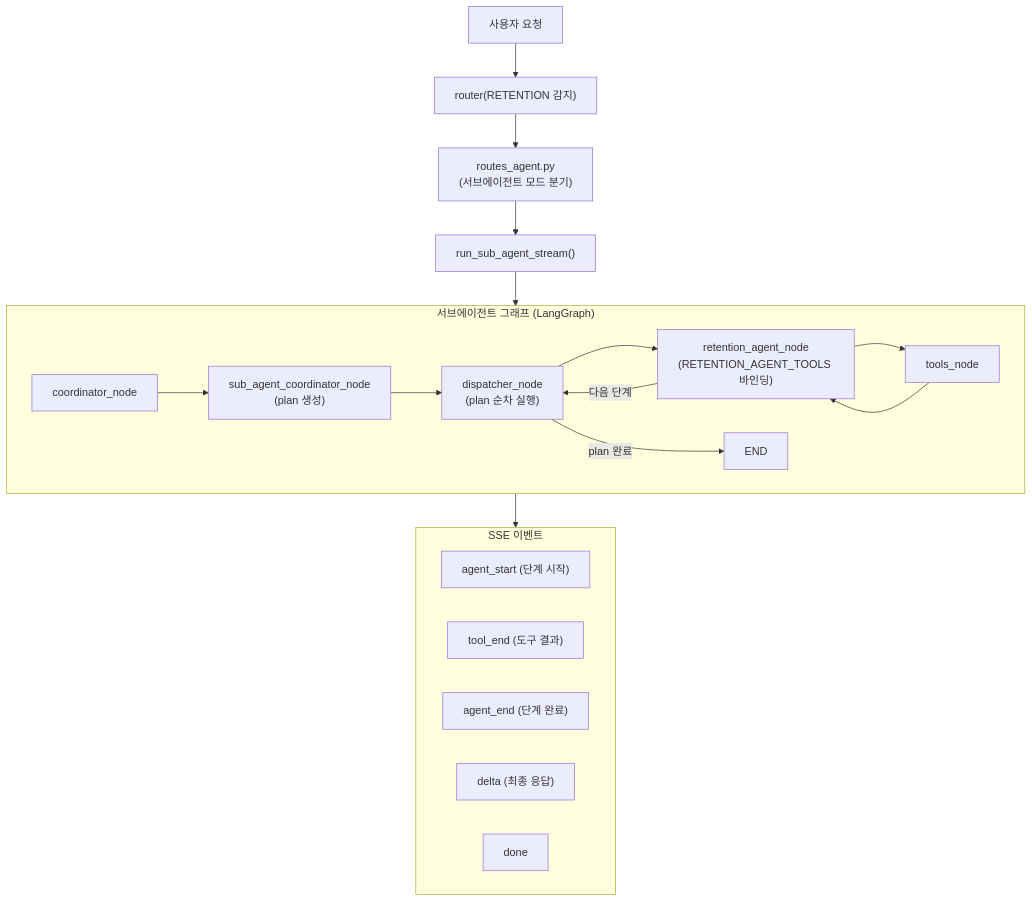
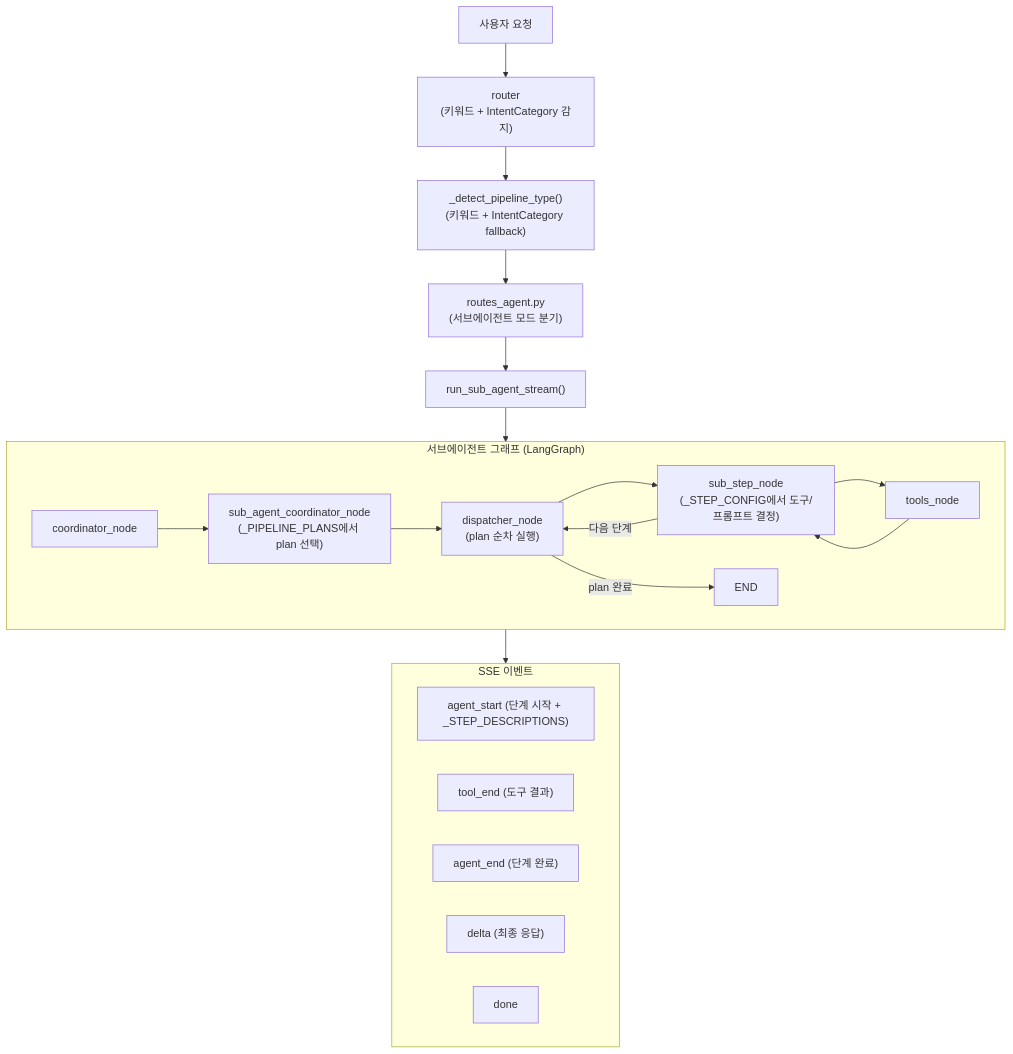
One commit to ASNGG/cafe24-demo changed the eighth of 27 diagrams in backend 리팩토링 시작/README.md. Above: the diagram before and after it, drawn with Mermaid. The commit also changed other lines of this file and 7 other files, not shown here.

````diff
--- a/backend 리팩토링 시작/README.md
+++ b/backend 리팩토링 시작/README.md
@@ -845,34 +915,35 @@
 ```mermaid
 flowchart TD
-    USER["사용자 요청"] --> ROUTER["router(RETENTION 감지)"]
-    ROUTER --> ROUTE_AGENT["routes_agent.py<br/>(서브에이전트 모드 분기)"]
+    USER["사용자 요청"] --> ROUTER["router<br/>(키워드 + IntentCategory 감지)"]
+    ROUTER --> DETECT["_detect_pipeline_type()<br/>(키워드 + IntentCategory fallback)"]
+    DETECT --> ROUTE_AGENT["routes_agent.py<br/>(서브에이전트 모드 분기)"]
     ROUTE_AGENT --> STREAM["run_sub_agent_stream()"]
 
     subgraph SubAgent["서브에이전트 그래프 (LangGraph)"]
         COORD["coordinator_node"]
-        SUBCOORD["sub_agent_coordinator_node<br/>(plan 생성)"]
+        SUBCOORD["sub_agent_coordinator_node<br/>(_PIPELINE_PLANS에서 plan 선택)"]
         DISP["dispatcher_node<br/>(plan 순차 실행)"]
-        RET["retention_agent_node<br/>(RETENTION_AGENT_TOOLS 바인딩)"]
+        STEP["sub_step_node<br/>(_STEP_CONFIG에서 도구/프롬프트 결정)"]
         TOOL["tools_node"]
 
         COORD --> SUBCOORD
         SUBCOORD --> DISP
-        DISP --> RET
-        RET --> TOOL
-        TOOL --> RET
-        RET -->|"다음 단계"| DISP
+        DISP --> STEP
+        STEP --> TOOL
+        TOOL --> STEP
+        STEP -->|"다음 단계"| DISP
         DISP -->|"plan 완료"| FIN["END"]
     end
 
     STREAM --> SubAgent
 
     subgraph SSE["SSE 이벤트"]
-        E1["agent_start (단계 시작)"]
+        E1["agent_start (단계 시작 + _STEP_DESCRIPTIONS)"]
         E2["tool_end (도구 결과)"]
         E3["agent_end (단계 완료)"]
         E4["delta (최종 응답)"]
         E5["done"]
     end
 
     SubAgent --> SSE
 ```
````
